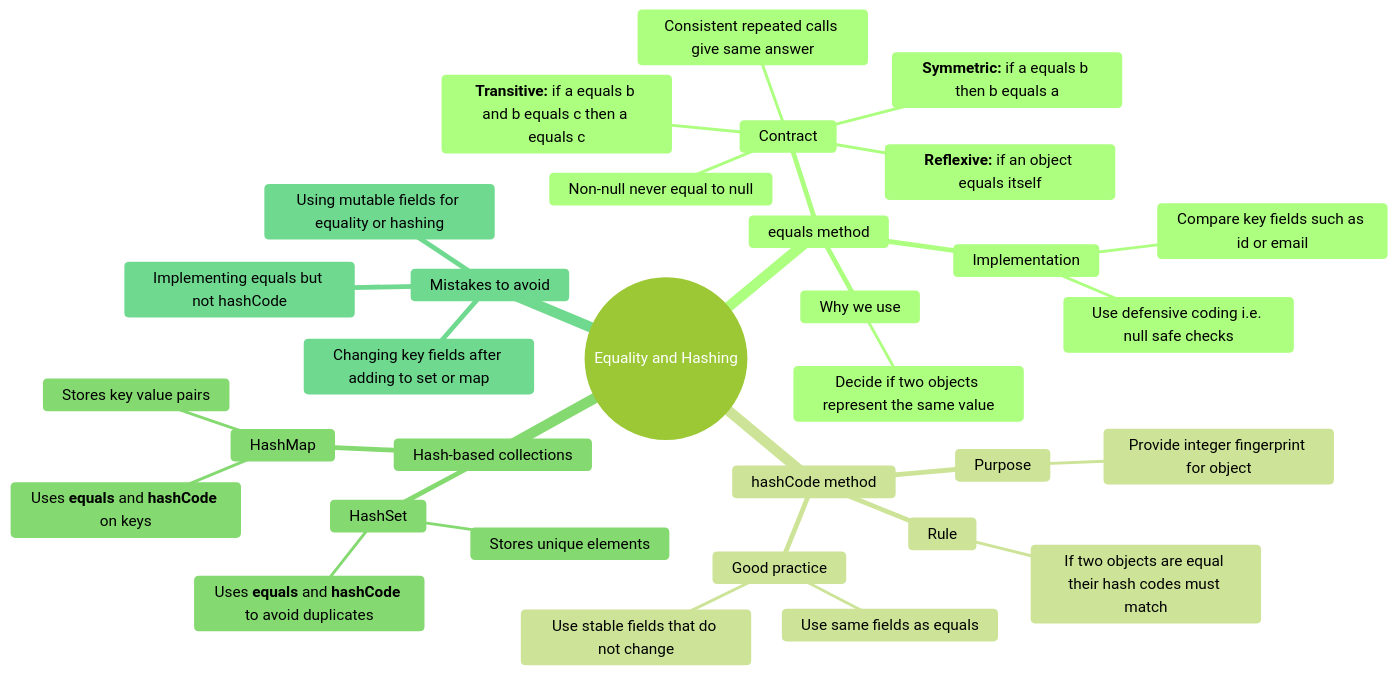
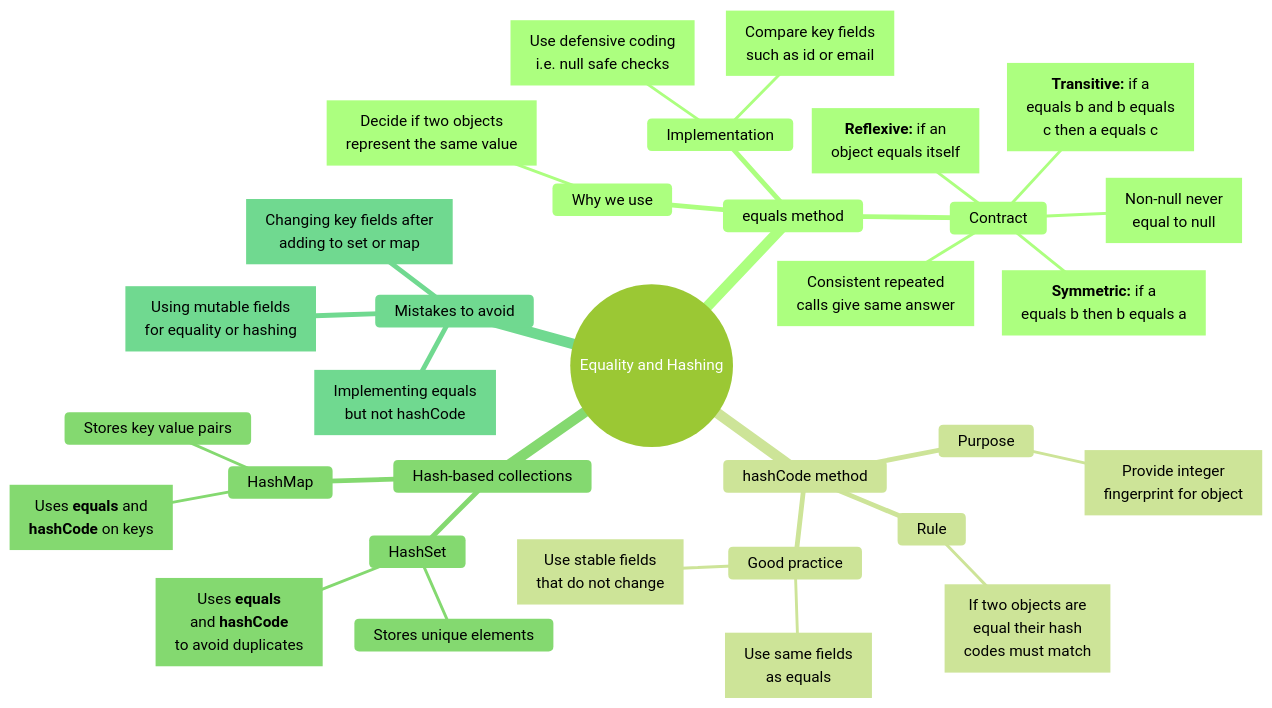
The fifth of 10 diagrams in notes/shared/mind maps/revision_t00_t09.md (nmcguinness/L8-OOP-Module-Content), drawn with Mermaid before and after one commit. The commit also changed other lines of this file and 421 other files, not shown here.

Commit message:
Updated mermaid diagrams and note layout for topics 9-24.

````diff
--- a/notes/shared/mind maps/revision_t00_t09.md
+++ b/notes/shared/mind maps/revision_t00_t09.md
@@ -567,43 +694,63 @@
 ```mermaid
 ---
 title: "Equality and Hashing"
 accDescr: "Mind map of Equality and Hashing. Branches: equals method; hashCode method; Hash-based collections; Mistakes to avoid."
 ---
-%%{init: { "theme": "forest" }}%%
+%%{init: { "theme": "forest", "markdownAutoWrap": false, "mindmap": { "maxNodeWidth": 300 } }}%%
 mindmap
   root((Equality and Hashing))
     equals method
       Why we use
-        Decide if two objects represent the same value
+        n1["`Decide if two objects
+        represent the same value`"]
       Contract
-        **Reflexive:** if an object equals itself
-        **Symmetric:** if a equals b then b equals a
-        **Transitive:** if a equals b and b equals c then a equals c
-        Consistent repeated calls give same answer
-        Non-null never equal to null
+        n2["`**Reflexive:** if an
+        object equals itself`"]
+        n3["`**Symmetric:** if a
+        equals b then b equals a`"]
+        n4["`**Transitive:** if a
+        equals b and b equals
+        c then a equals c`"]
+        n5["`Consistent repeated
+        calls give same answer`"]
+        n6["`Non-null never
+        equal to null`"]
       Implementation
-        Compare key fields such as id or email
-        Use defensive coding i.e. null safe checks
+        n7["`Compare key fields
+        such as id or email`"]
+        n8["`Use defensive coding
+        i.e. null safe checks`"]
 
     hashCode method
       Purpose
-        Provide integer fingerprint for object
+        n9["`Provide integer
+        fingerprint for object`"]
       Rule
-        If two objects are equal their hash codes must match
+        n10["`If two objects are
+        equal their hash
+        codes must match`"]
       Good practice
-        Use same fields as equals
-        Use stable fields that do not change
+        n11["`Use same fields
+        as equals`"]
+        n12["`Use stable fields
+        that do not change`"]
 
     Hash-based collections
       HashSet
         Stores unique elements
-        Uses **equals** and **hashCode** to avoid duplicates
+        n13["`Uses **equals**
+        and **hashCode**
+        to avoid duplicates`"]
       HashMap
         Stores key value pairs
-        Uses **equals** and **hashCode** on keys
+        n14["`Uses **equals** and
+        **hashCode** on keys`"]
 
     Mistakes to avoid
-      Implementing equals but not hashCode
-      Using mutable fields for equality or hashing
-      Changing key fields after adding to set or map
+      n15["`Implementing equals
+      but not hashCode`"]
+      n16["`Using mutable fields
+      for equality or hashing`"]
+      n17["`Changing key fields after
+      adding to set or map`"]
 ```
````
